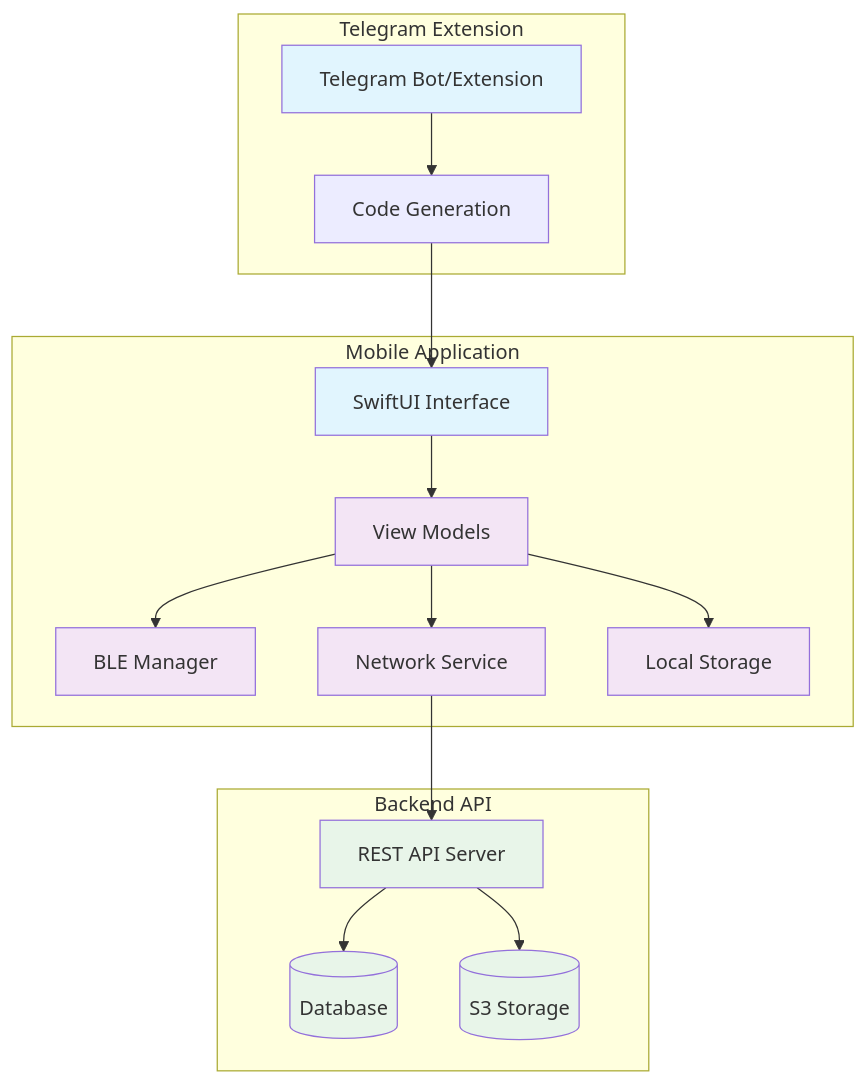
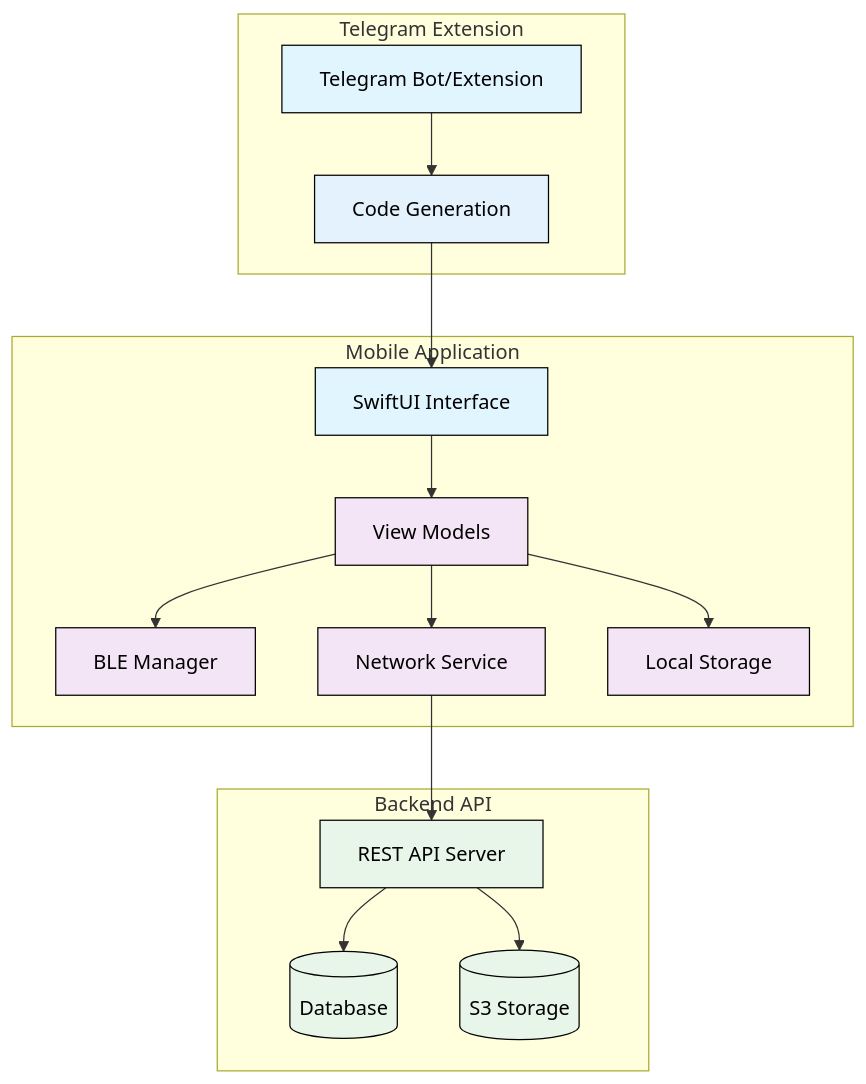
Before and after one commit to hiTechTeam/Telescan-iOS: the first of 14 diagrams in TelescaniOS/WHITEPAPER.md, drawn with Mermaid. The commit also changed other lines of this file, not shown here.

````diff
--- a/TelescaniOS/WHITEPAPER.md
+++ b/TelescaniOS/WHITEPAPER.md
@@ -37,41 +37,42 @@
 ```mermaid
 graph TB
     subgraph "Telegram Extension"
         TG[Telegram Bot/Extension]
         CODE[Code Generation]
     end
 
     subgraph "Mobile Application"
         UI[SwiftUI Interface]
         BLE[BLE Manager]
         NET[Network Service]
         STORAGE[Local Storage]
         VM[View Models]
     end
 
     subgraph "Backend API"
         API[REST API Server]
         DB[(Database)]
         S3[(S3 Storage)]
     end
 
     TG --> CODE
     CODE --> UI
     UI --> VM
     VM --> BLE
     VM --> NET
     VM --> STORAGE
     NET --> API
     API --> DB
     API --> S3
 
-    style TG fill:#e1f5fe
-    style UI fill:#e1f5fe
-    style BLE fill:#f3e5f5
-    style NET fill:#f3e5f5
-    style STORAGE fill:#f3e5f5
-    style VM fill:#f3e5f5
-    style API fill:#e8f5e9
-    style DB fill:#e8f5e9
-    style S3 fill:#e8f5e9
+    style TG fill:#e1f5fe,stroke:#000,color:#000
+    style CODE fill:#e3f2fd,stroke:#000,color:#000
+    style UI fill:#e1f5fe,stroke:#000,color:#000
+    style BLE fill:#f3e5f5,stroke:#000,color:#000
+    style NET fill:#f3e5f5,stroke:#000,color:#000
+    style STORAGE fill:#f3e5f5,stroke:#000,color:#000
+    style VM fill:#f3e5f5,stroke:#000,color:#000
+    style API fill:#e8f5e9,stroke:#000,color:#000
+    style DB fill:#e8f5e9,stroke:#000,color:#000
+    style S3 fill:#e8f5e9,stroke:#000,color:#000
 ```
````
